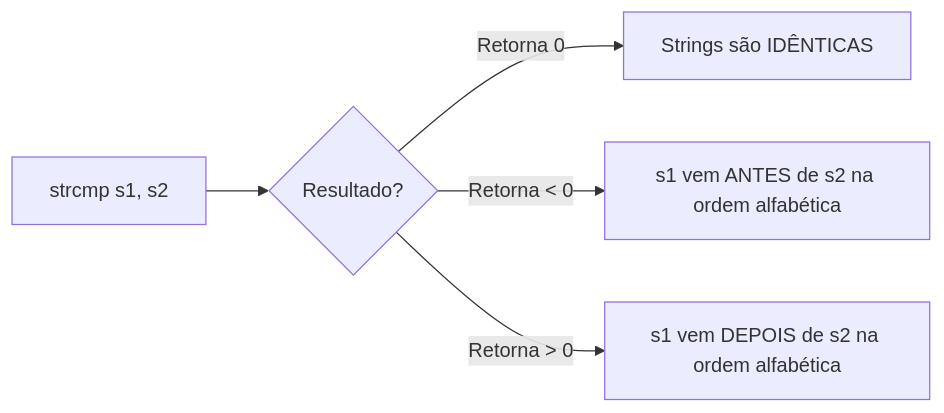
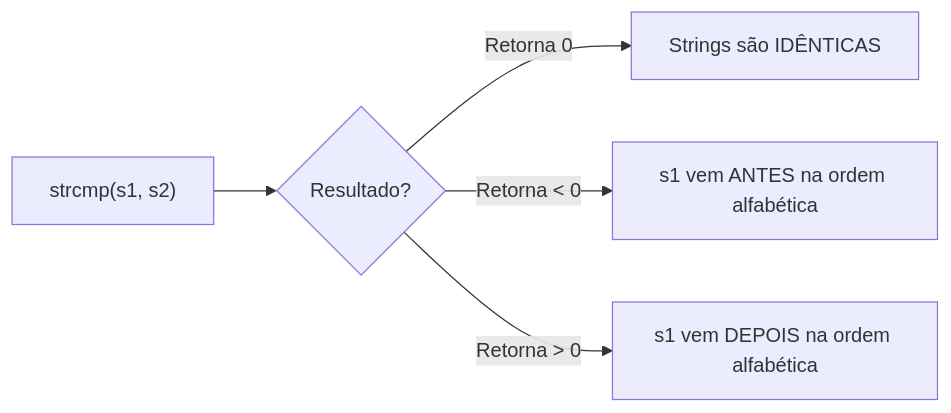
One commit to jaquellinef/linguagem_de_programacao changed the second of 3 diagrams in Aula06_Strings.md. Above: the diagram before and after it, drawn with Mermaid. The commit also changed other lines of this file, not shown here.

````diff
--- a/Aula06_Strings.md
+++ b/Aula06_Strings.md
@@ -62,7 +55,7 @@
 ```mermaid
 flowchart LR
-    A[strcmp s1, s2] --> B{Resultado?}
-    B -- Retorna 0 --> C[Strings são IDÊNTICAS]
-    B -- Retorna < 0 --> D[s1 vem ANTES de s2 na ordem alfabética]
-    B -- Retorna > 0 --> E[s1 vem DEPOIS de s2 na ordem alfabética]
+    A["strcmp(s1, s2)"] --> B{"Resultado?"}
+    B -- "Retorna 0" --> C["Strings são IDÊNTICAS"]
+    B -- "Retorna < 0" --> D["s1 vem ANTES na ordem alfabética"]
+    B -- "Retorna > 0" --> E["s1 vem DEPOIS na ordem alfabética"]
 ```
````
